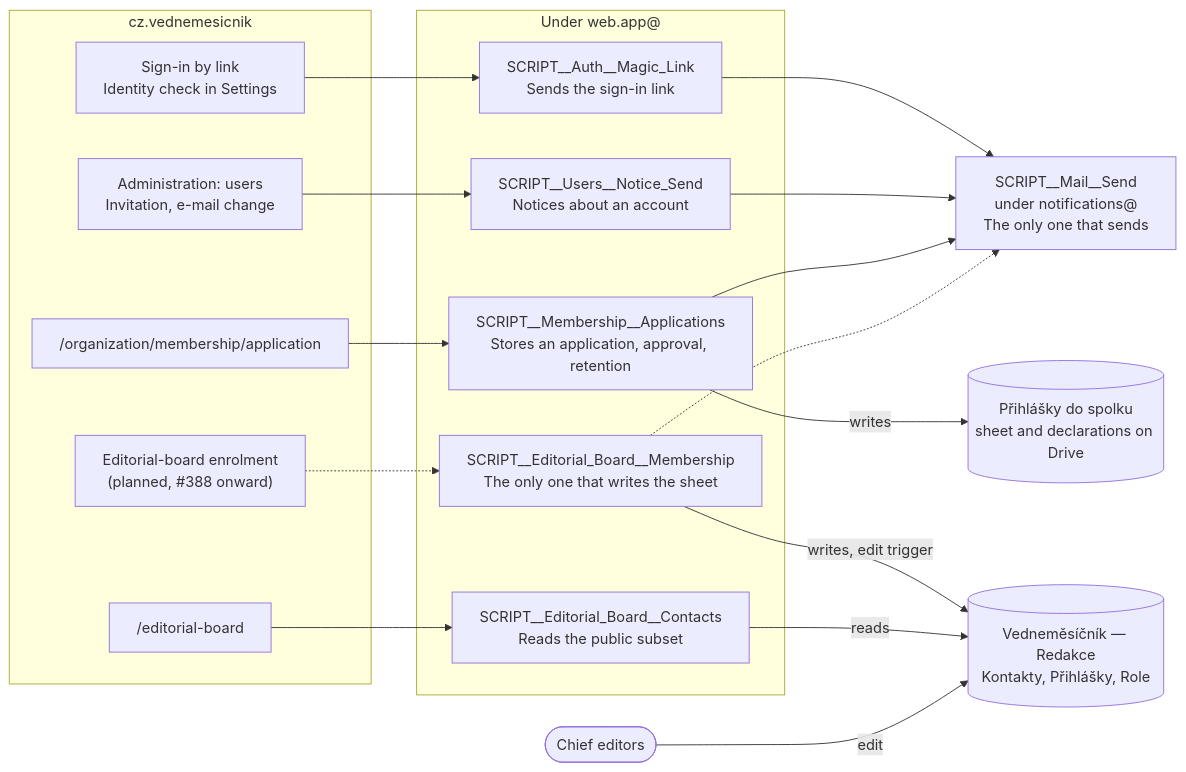
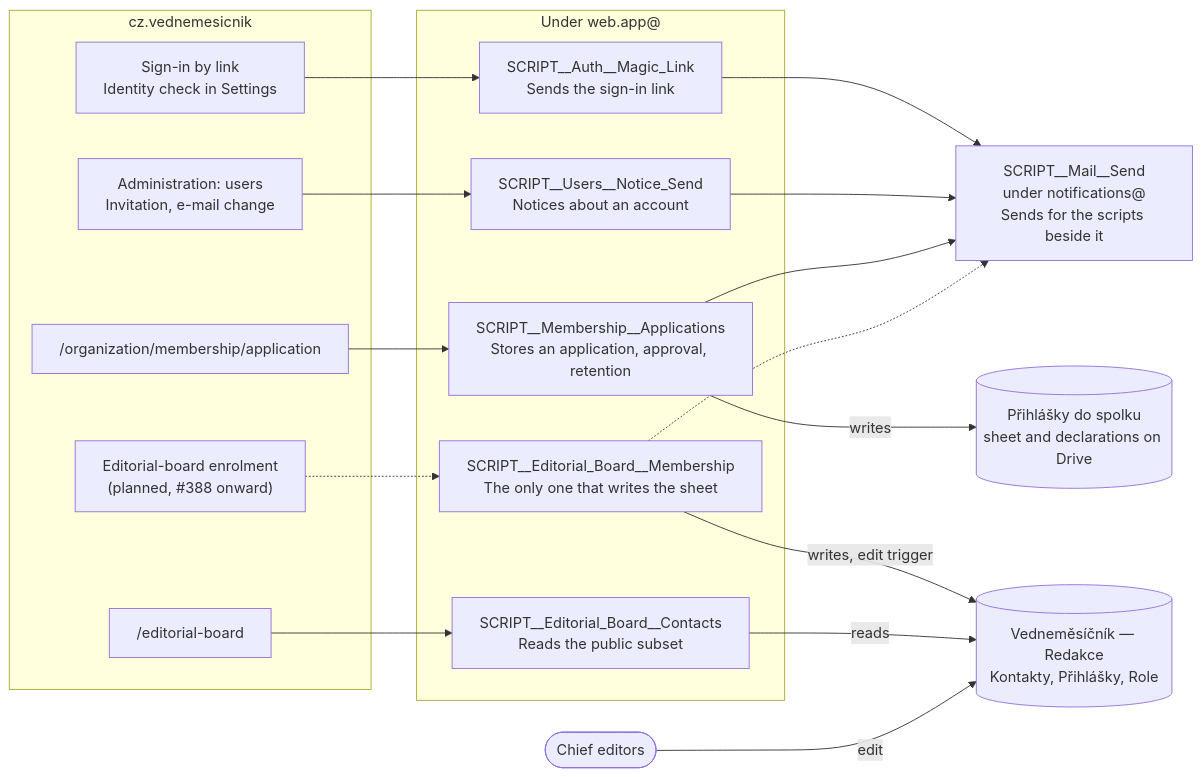
Before and after one commit to vednemesicnik/cz.vednemesicnik: the diagram in docs/_apps-script-web-apps.md, drawn with Mermaid. The commit also changed other lines of this file and 4 other files, not shown here.

````diff
--- a/docs/_apps-script-web-apps.md
+++ b/docs/_apps-script-web-apps.md
@@ -8,38 +8,38 @@
 ```mermaid
 flowchart LR
   subgraph web["cz.vednemesicnik"]
     signIn["Sign-in by link<br/>Identity check in Settings"]
     users["Administration: users<br/>Invitation, e-mail change"]
     application["/organization/membership/application"]
     enrolment["Editorial-board enrolment<br/>(planned, #388 onward)"]
     board["/editorial-board"]
   end
 
   subgraph scripts["Under web.app@"]
     magicLink["SCRIPT__Auth__Magic_Link<br/>Sends the sign-in link"]
     usersNotice["SCRIPT__Users__Notice_Send<br/>Notices about an account"]
     membershipApplications["SCRIPT__Membership__Applications<br/>Stores an application, approval, retention"]
     boardMembership["SCRIPT__Editorial_Board__Membership<br/>The only one that writes the sheet"]
     contacts["SCRIPT__Editorial_Board__Contacts<br/>Reads the public subset"]
   end
 
-  mailer["SCRIPT__Mail__Send<br/>under notifications@<br/>The only one that sends"]
+  mailer["SCRIPT__Mail__Send<br/>under notifications@<br/>Sends for the scripts beside it"]
   membershipStore[("Přihlášky do spolku<br/>sheet and declarations on Drive")]
   editorialSheet[("Vedneměsíčník — Redakce<br/>Kontakty, Přihlášky, Role")]
   chiefEditors(["Chief editors"])
 
   signIn --> magicLink
   users --> usersNotice
   application --> membershipApplications
   enrolment -.-> boardMembership
   board --> contacts
 
   magicLink --> mailer
   usersNotice --> mailer
   membershipApplications --> mailer
   membershipApplications -->|writes| membershipStore
   boardMembership -.-> mailer
   boardMembership -->|"writes, edit trigger"| editorialSheet
   contacts -->|reads| editorialSheet
   chiefEditors -->|edit| editorialSheet
 ```
````
